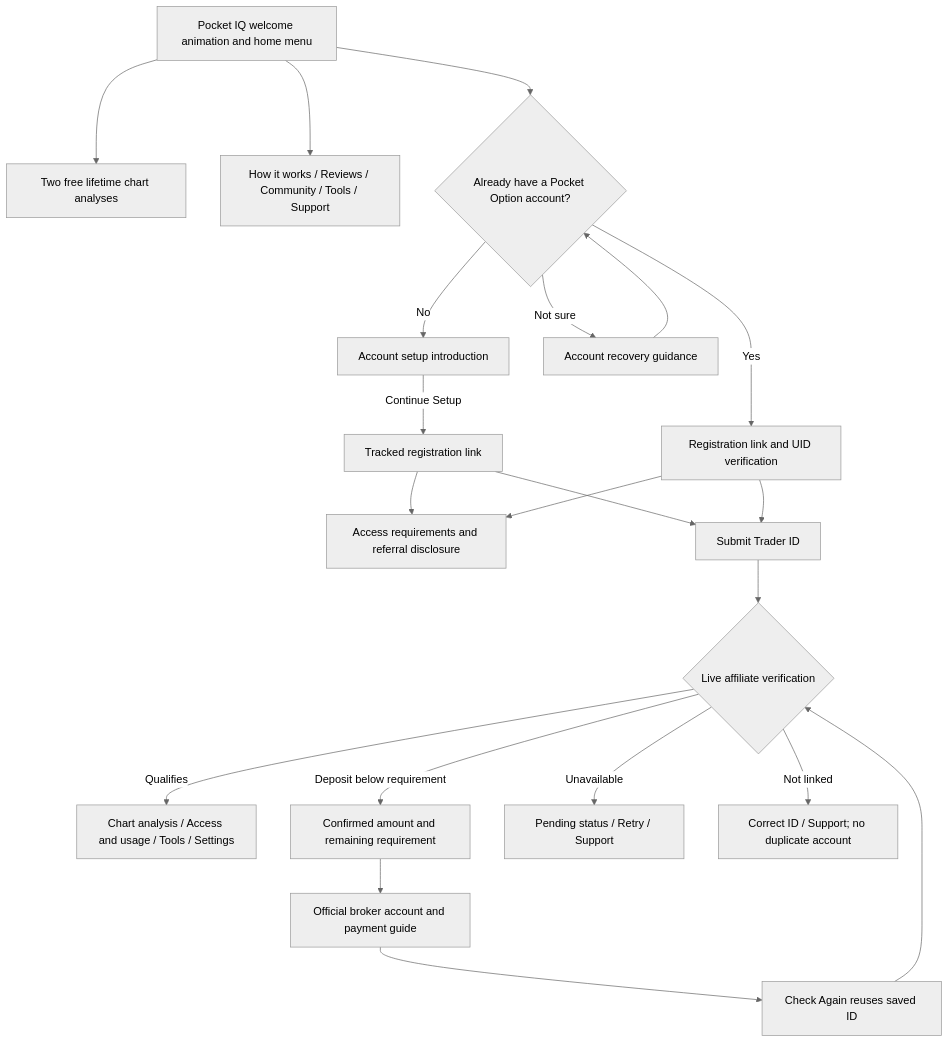
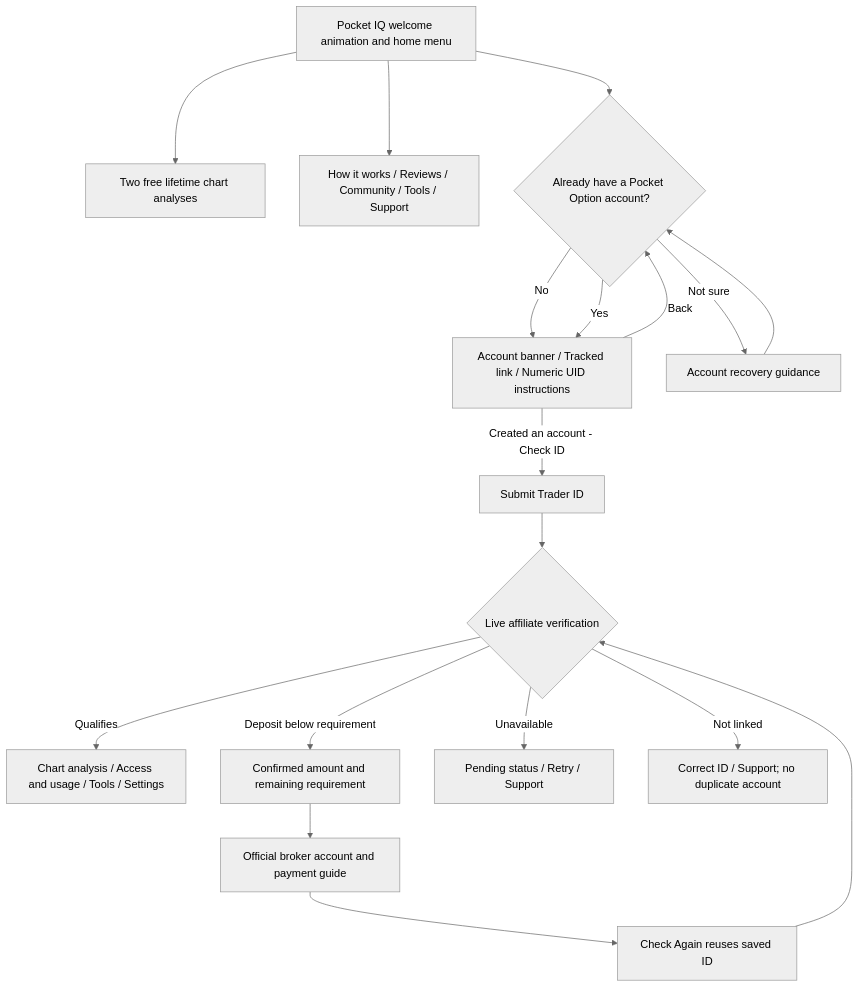
The diagram in GO_PLUS_FLOW.md (neetud252-create/funnel-bot), drawn with Mermaid (neutral theme) before and after one commit. The commit also changed other lines of this file and 4 other files, not shown here.

Commit message:
Unify account answers into a simple three-button registration card (#30)

````diff
--- a/GO_PLUS_FLOW.md
+++ b/GO_PLUS_FLOW.md
@@ -5,23 +5,20 @@
 ```mermaid
 flowchart TD
   Home[Pocket IQ welcome animation and home menu] --> Trial[Two free lifetime chart analyses]
   Home --> Learn[How it works / Reviews / Community / Tools / Support]
   Home --> Kind{Already have a Pocket Option account?}
-  Kind -->|No| Intro[Account setup introduction]
-  Intro -->|Continue Setup| New[Tracked registration link]
-  Kind -->|Yes| Existing[Registration link and UID verification]
+  Kind -->|No| Register[Account banner / Tracked link / Numeric UID instructions]
+  Kind -->|Yes| Register
   Kind -->|Not sure| AccountHelp[Account recovery guidance]
   AccountHelp --> Kind
-  New --> Requirements[Access requirements and referral disclosure]
-  Existing --> Requirements
-  New --> ID[Submit Trader ID]
-  Existing --> ID
+  Register -->|Created an account - Check ID| ID[Submit Trader ID]
+  Register -->|Back| Kind
   ID --> Check{Live affiliate verification}
   Check -->|Qualifies| Dashboard[Chart analysis / Access and usage / Tools / Settings]
   Check -->|Deposit below requirement| Deposit[Confirmed amount and remaining requirement]
   Deposit --> Broker[Official broker account and payment guide]
   Broker --> Recheck[Check Again reuses saved ID]
   Recheck --> Check
   Check -->|Unavailable| Retry[Pending status / Retry / Support]
   Check -->|Not linked| Help[Correct ID / Support; no duplicate account]
 ```
````
